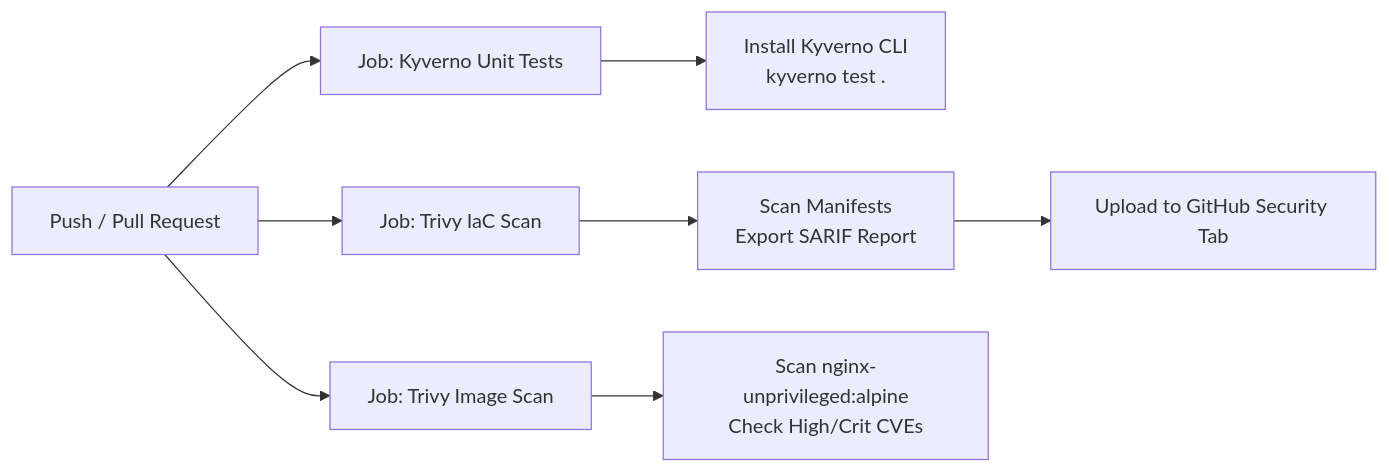
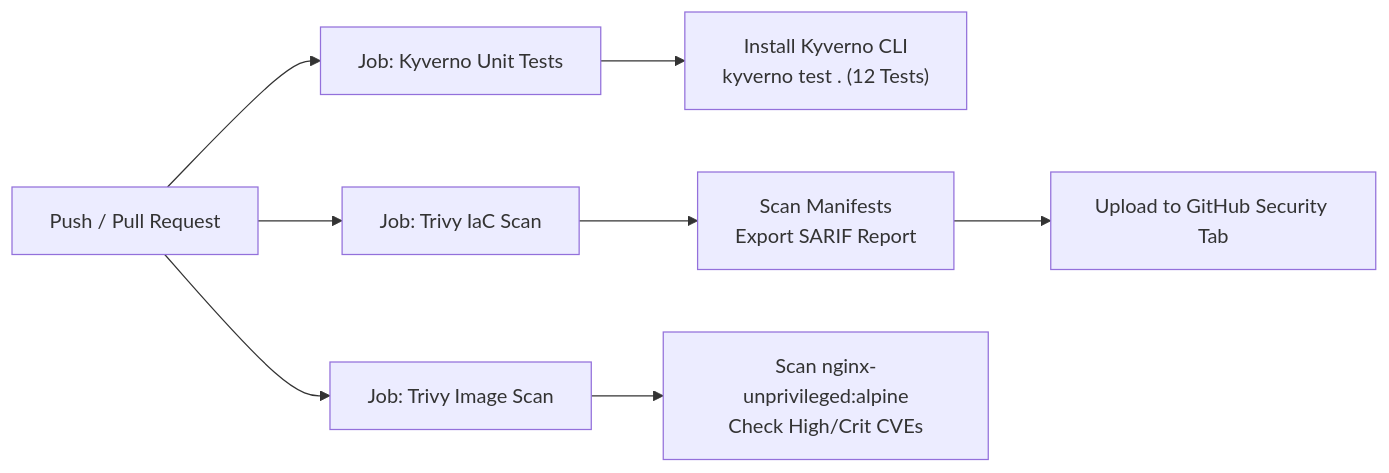
The diagram in README.md (cooler-SAI/kyverno-security-lab), drawn with Mermaid before and after one commit. The commit also changed other lines of this file and 10 other files, not shown here.

````diff
--- a/README.md
+++ b/README.md
@@ -209,11 +250,11 @@
 ```mermaid
 flowchart LR
     A["Push / Pull Request"] --> B["Job: Kyverno Unit Tests"]
     A --> C["Job: Trivy IaC Scan"]
     A --> D["Job: Trivy Image Scan"]
 
-    B --> B1["Install Kyverno CLI<br/>kyverno test ."]
+    B --> B1["Install Kyverno CLI<br/>kyverno test . (12 Tests)"]
     C --> C1["Scan Manifests<br/>Export SARIF Report"]
     C1 --> C2["Upload to GitHub Security Tab"]
     D --> D1["Scan nginx-unprivileged:alpine<br/>Check High/Crit CVEs"]
 ```
````
